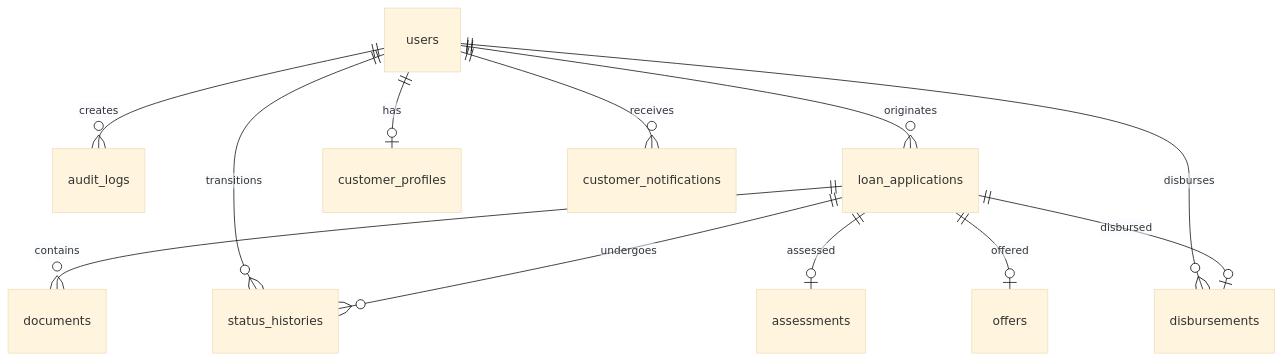
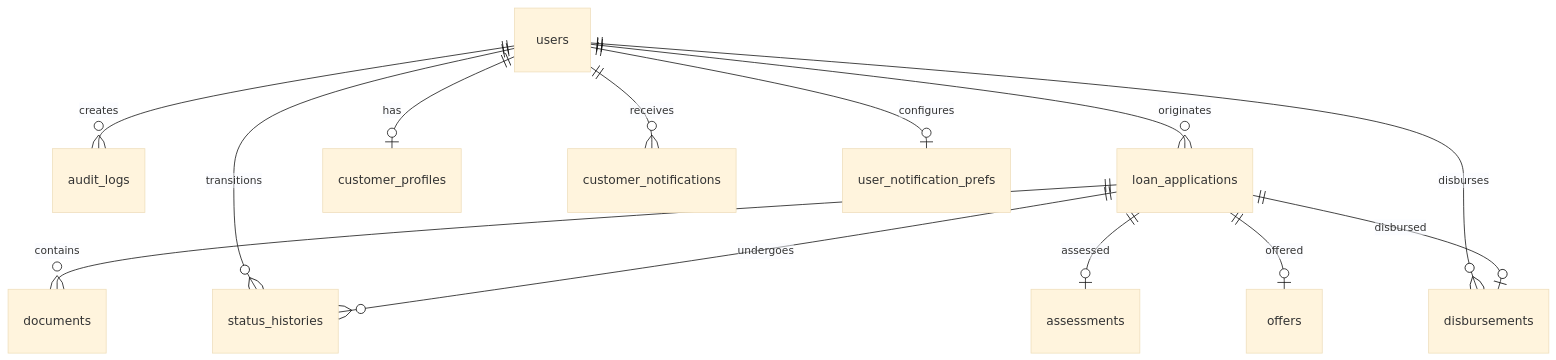
One commit to Fahadasfaque/LOS-Project changed the diagram in LOS/docs/DATABASE_SCHEMA.md. Above: the diagram before and after it, drawn with Mermaid (base theme). The commit also changed other lines of this file and 264 other files, not shown here.

````diff
--- a/LOS/docs/DATABASE_SCHEMA.md
+++ b/LOS/docs/DATABASE_SCHEMA.md
@@ -10,14 +10,15 @@
 ```mermaid
 erDiagram
   users ||--o{ audit_logs : "creates"
   users ||--o{ loan_applications : "originates"
   users ||--o{ status_histories : "transitions"
   users ||--o{ disbursements : "disburses"
   loan_applications ||--o{ documents : "contains"
   loan_applications ||--o{ status_histories : "undergoes"
   loan_applications ||--o| assessments : "assessed"
   loan_applications ||--o| offers : "offered"
   loan_applications ||--o| disbursements : "disbursed"
   users ||--o| customer_profiles : "has"
   users ||--o{ customer_notifications : "receives"
+  users ||--o| user_notification_prefs : "configures"
 ```
````
